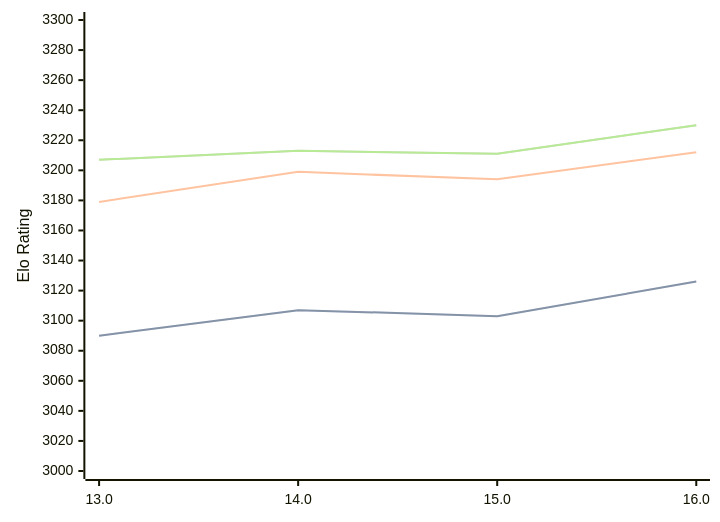
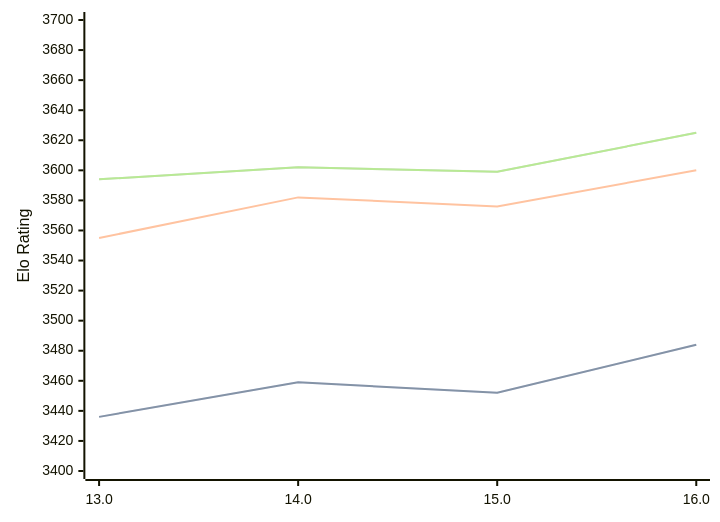
One commit to computer-chess-index/cci changed the diagram in engines/Obsidian.md. Above: the diagram before and after it, drawn with Mermaid. The commit also changed other lines of this file, not shown here.

Commit message:
Update CCI Ratings (ELO VLTC) - 2026-02-24

````diff
--- a/engines/Obsidian.md
+++ b/engines/Obsidian.md
@@ -40,11 +41,11 @@
 ```mermaid
 %%{init: {"theme":"base","themeVariables":{"seriesColors:['#a3a3a3','#222221','#faa371']}}}%%
 xychart-beta
   x-axis ["13.0", "14.0", "15.0", "16.0"]
-  y-axis "Elo Rating" 3000 --> 3300
-  line "STC (8.0+0.08s)" [3090, 3107, 3103, 3126]
-  line "STC (8.0+0.08s)" [3090, 3107, 3103, 3126]
-  line "LTC (60.0+0.60s)" [3179, 3199, 3194, 3212]
-  line "VLTC (2m24s+1.12s)" [3207, 3213, 3211, 3230]
-  line "VLTC (2m24s+1.12s)" [3207, 3213, 3211, 3230]
+  y-axis "Elo Rating" 3400 --> 3700
+  line "STC (8.0+0.08s)" [3436, 3459, 3452, 3484]
+  line "STC (8.0+0.08s)" [3436, 3459, 3452, 3484]
+  line "LTC (60.0+0.60s)" [3555, 3582, 3576, 3600]
+  line "VLTC (2m24s+1.12s)" [3594, 3602, 3599, 3625]
+  line "VLTC (2m24s+1.12s)" [3594, 3602, 3599, 3625]
 ```
````
